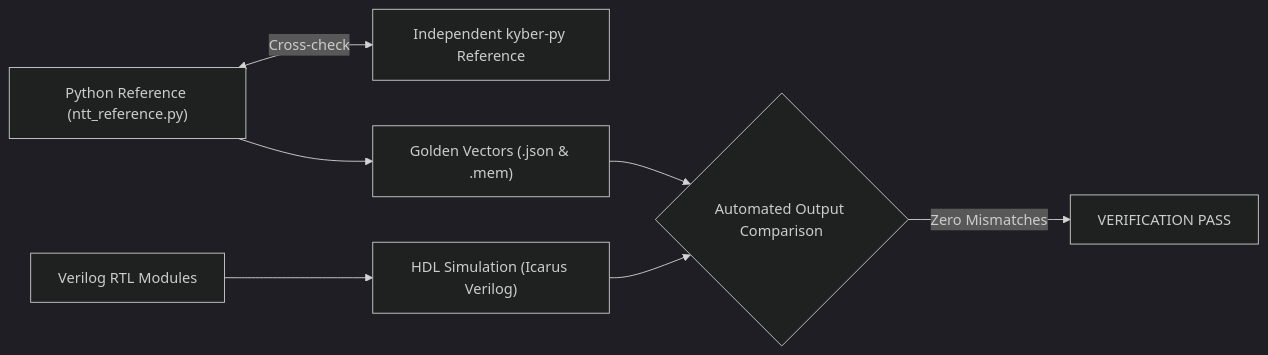
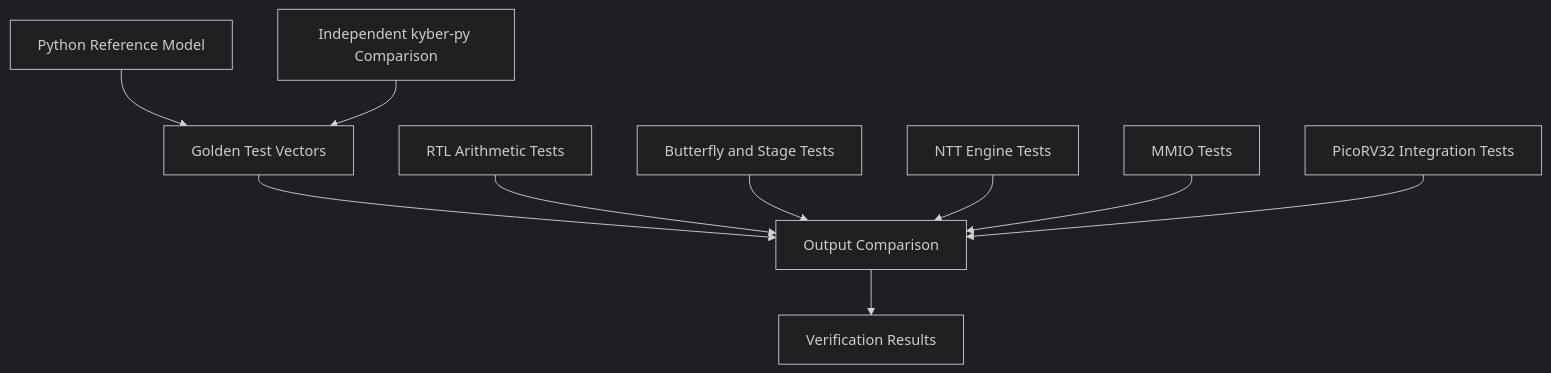
Before and after one commit to Harshima-Joshi15/riscv-ntt-accelerator: the sixth of 7 diagrams in README.md, drawn with Mermaid (dark theme). The commit also changed other lines of this file, not shown here.

````diff
--- a/README.md
+++ b/README.md
@@ -178,9 +412,23 @@
 ```mermaid
-flowchart LR
-    PY["Python Reference (ntt_reference.py)"] <-->|"Cross-check"| KYBER["Independent kyber-py Reference"]
-    PY --> GOLD["Golden Vectors (.json & .mem)"]
-    RTL["Verilog RTL Modules"] --> SIM["HDL Simulation (Icarus Verilog)"]
-    GOLD --> CHECK{"Automated Output Comparison"}
-    SIM --> CHECK
-    CHECK -->|"Zero Mismatches"| PASS["VERIFICATION PASS"]
+flowchart TD
+    A["Python Reference Model"]
+    B["Independent kyber-py Comparison"]
+    C["Golden Test Vectors"]
+    D["RTL Arithmetic Tests"]
+    E["Butterfly and Stage Tests"]
+    F["NTT Engine Tests"]
+    G["MMIO Tests"]
+    H["PicoRV32 Integration Tests"]
+    I["Output Comparison"]
+    J["Verification Results"]
+
+    A --> C
+    B --> C
+    C --> I
+    D --> I
+    E --> I
+    F --> I
+    G --> I
+    H --> I
+    I --> J
 ```
````
